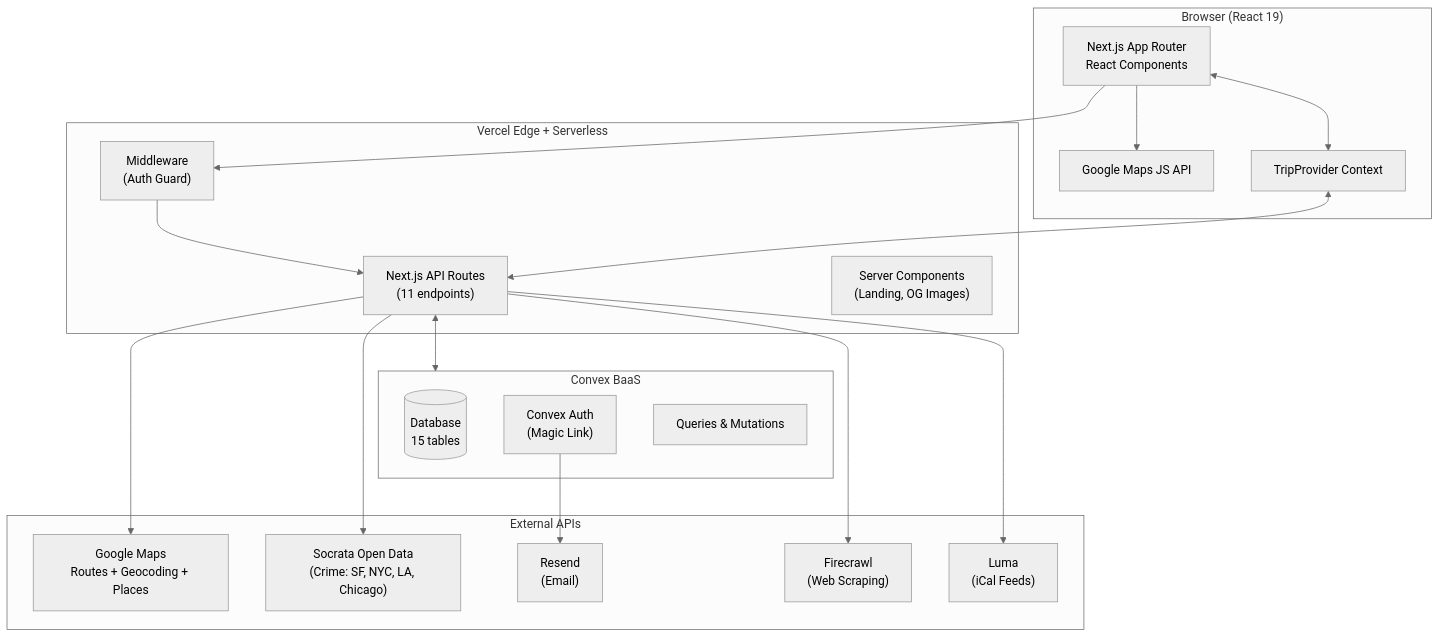
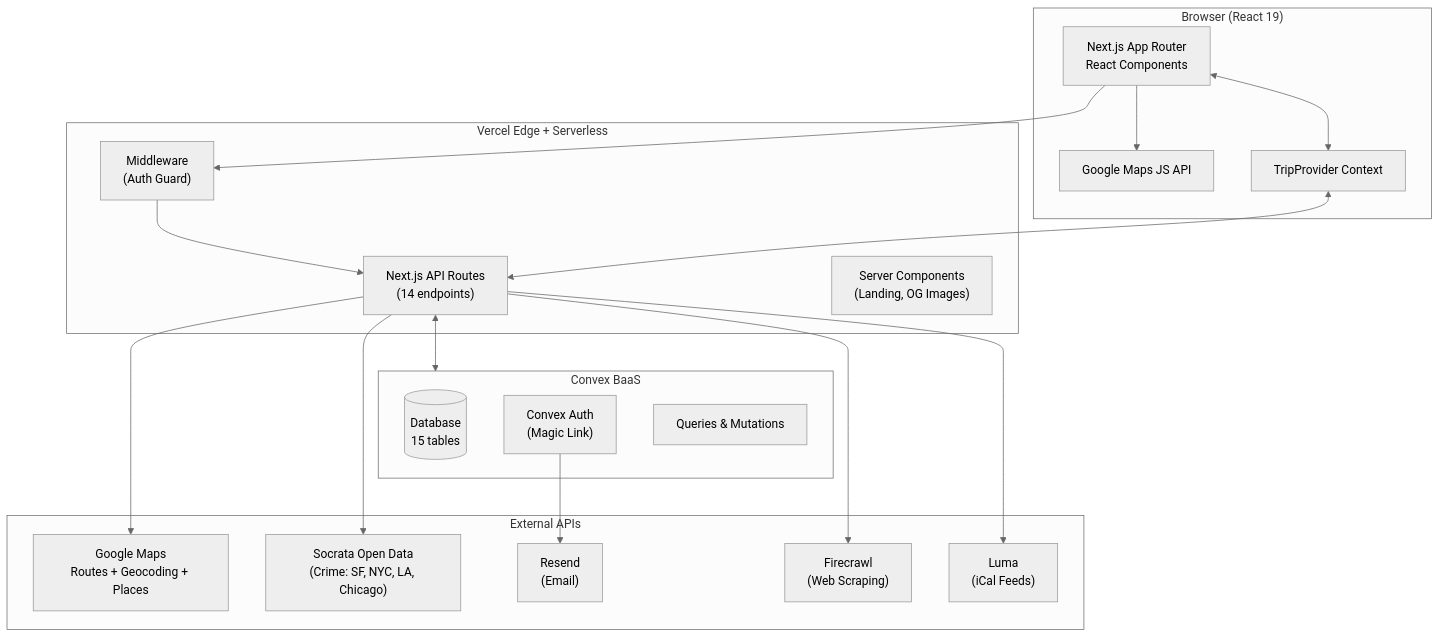
One commit to pinchen147/trip-planner changed the first of 21 diagrams in docs/architecture.md. Above: the diagram before and after it, drawn with Mermaid (neutral theme). The commit also changed other lines of this file and 22 other files, not shown here.

````diff
--- a/docs/architecture.md
+++ b/docs/architecture.md
@@ -44,39 +44,39 @@
 ```mermaid
 graph TB
     subgraph Client["Browser (React 19)"]
         UI["Next.js App Router<br/>React Components"]
         Maps["Google Maps JS API"]
         TripCtx["TripProvider Context"]
     end
 
     subgraph Vercel["Vercel Edge + Serverless"]
         MW["Middleware<br/>(Auth Guard)"]
-        API["Next.js API Routes<br/>(11 endpoints)"]
+        API["Next.js API Routes<br/>(14 endpoints)"]
         SSR["Server Components<br/>(Landing, OG Images)"]
     end
 
     subgraph Convex["Convex BaaS"]
         DB[(Database<br/>15 tables)]
         Auth["Convex Auth<br/>(Magic Link)"]
         Fns["Queries & Mutations"]
     end
 
     subgraph External["External APIs"]
         GMaps["Google Maps<br/>Routes + Geocoding + Places"]
         CityData["Socrata Open Data<br/>(Crime: SF, NYC, LA, Chicago)"]
         Resend["Resend<br/>(Email)"]
         Firecrawl["Firecrawl<br/>(Web Scraping)"]
         Luma["Luma<br/>(iCal Feeds)"]
     end
 
     UI --> MW --> API
     UI <--> TripCtx
     TripCtx <--> API
     UI --> Maps
     API <--> Convex
     API --> GMaps
     API --> CityData
     Auth --> Resend
     API --> Firecrawl
     API --> Luma
 ```
````
